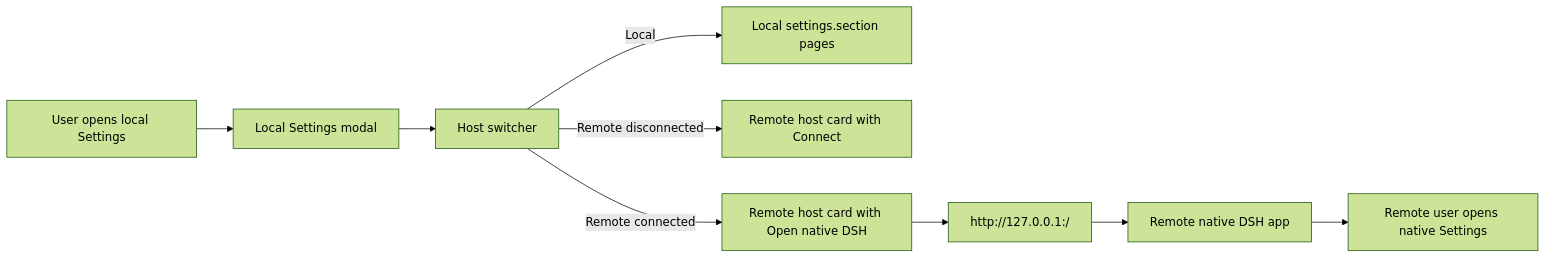
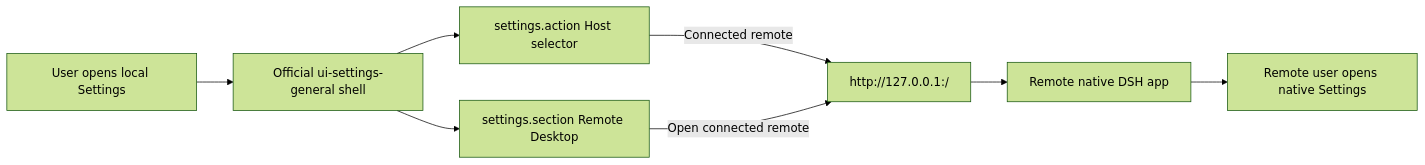
Before and after one commit to sincerity711/dsh-remote-desktop: the diagram in docs/superpowers/specs/2026-08-19-remote-settings-native-page-design.md, drawn with Mermaid (forest theme). The commit also changed other lines of this file and 7 other files, not shown here.

Commit message:
Use official settings shell slots

````diff
--- a/docs/superpowers/specs/2026-08-19-remote-settings-native-page-design.md
+++ b/docs/superpowers/specs/2026-08-19-remote-settings-native-page-design.md
@@ -59,11 +59,10 @@
 ```mermaid
 flowchart LR
-  User["User opens local Settings"] --> LocalShell["Local Settings modal"]
-  LocalShell --> HostSwitcher["Host switcher"]
-  HostSwitcher -->|Local| LocalSettings["Local settings.section pages"]
-  HostSwitcher -->|Remote disconnected| ConnectCard["Remote host card with Connect"]
-  HostSwitcher -->|Remote connected| OpenCard["Remote host card with Open native DSH"]
-  OpenCard --> NativeUrl["http://127.0.0.1:<proxyPort>/"]
+  User["User opens local Settings"] --> OfficialShell["Official ui-settings-general shell"]
+  OfficialShell --> HostAction["settings.action Host selector"]
+  OfficialShell --> RemoteSection["settings.section Remote Desktop"]
+  HostAction -->|Connected remote| NativeUrl["http://127.0.0.1:<proxyPort>/"]
+  RemoteSection -->|Open connected remote| NativeUrl
   NativeUrl --> RemoteApp["Remote native DSH app"]
   RemoteApp --> RemoteSettings["Remote user opens native Settings"]
 ```
````
